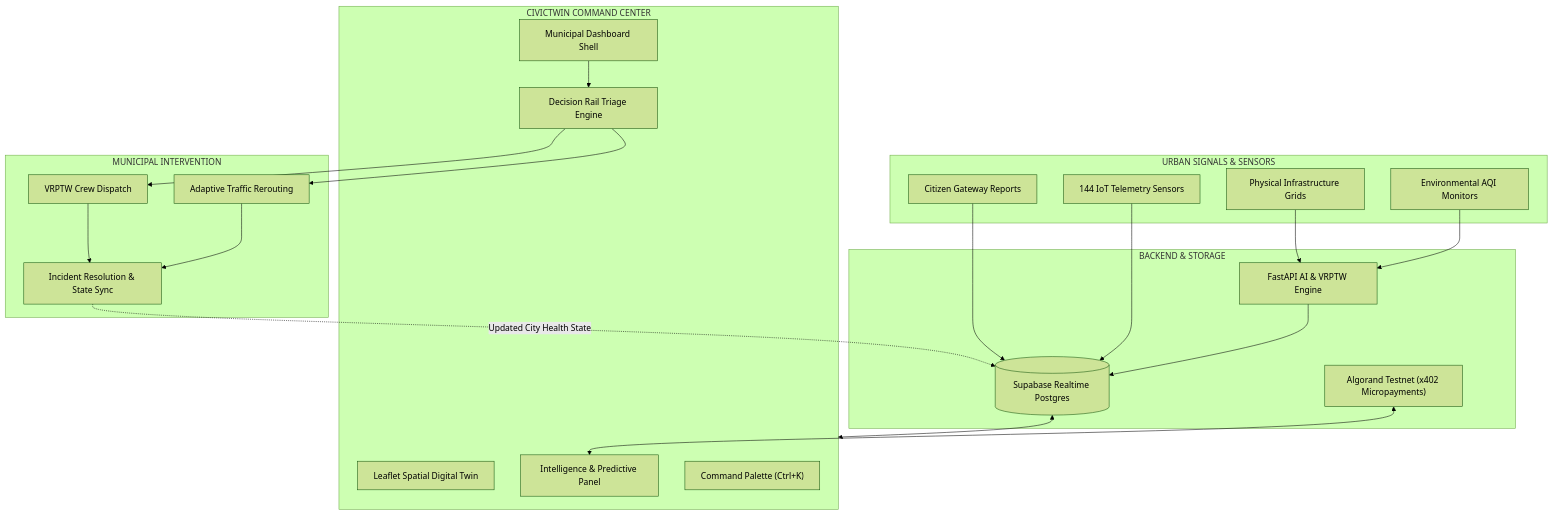
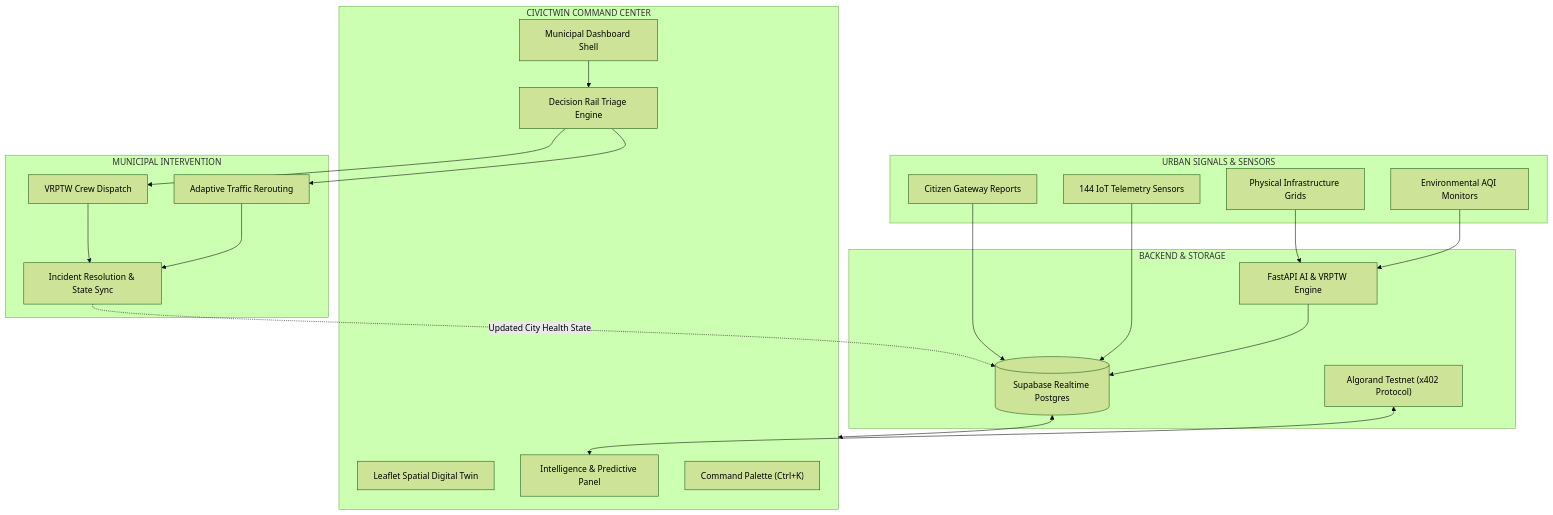
One commit to SIDDHARTHXMEUR/CIVICTWIN changed the third of 5 diagrams in README.md. Above: the diagram before and after it, drawn with Mermaid (forest theme). The commit also changed other lines of this file, not shown here.

Commit message:
docs: professionally polish README with comprehensive technical architecture and operational lifecycle documentation

````diff
--- a/README.md
+++ b/README.md
@@ -203,43 +249,43 @@
 ```mermaid
 flowchart TB
     subgraph INTAKE [URBAN SIGNALS & SENSORS]
         CIT["Citizen Gateway Reports"]
         IOT["144 IoT Telemetry Sensors"]
         INF["Physical Infrastructure Grids"]
         ENV["Environmental AQI Monitors"]
     end
 
     subgraph SERVICES [BACKEND & STORAGE]
         SB[("Supabase Realtime Postgres")]
         FAST["FastAPI AI & VRPTW Engine"]
-        ALGO["Algorand Testnet (x402 Micropayments)"]
+        ALGO["Algorand Testnet (x402 Protocol)"]
     end
 
     subgraph WORKSPACE [CIVICTWIN COMMAND CENTER]
         GIS["Leaflet Spatial Digital Twin"]
         INT["Intelligence & Predictive Panel"]
         CMD["Municipal Dashboard Shell"]
         DEC["Decision Rail Triage Engine"]
         PAL["Command Palette (Ctrl+K)"]
     end
 
     subgraph ACTION [MUNICIPAL INTERVENTION]
         VRPTW["VRPTW Crew Dispatch"]
         REROUTE["Adaptive Traffic Rerouting"]
         RES["Incident Resolution & State Sync"]
     end
 
     CIT --> SB
     IOT --> SB
     INF --> FAST
     ENV --> FAST
     FAST --> SB
     SB <--> WORKSPACE
     ALGO <--> INT
     CMD --> DEC
     DEC --> VRPTW
     DEC --> REROUTE
     VRPTW --> RES
     REROUTE --> RES
     RES -.->|Updated City Health State| SB
 ```
````
